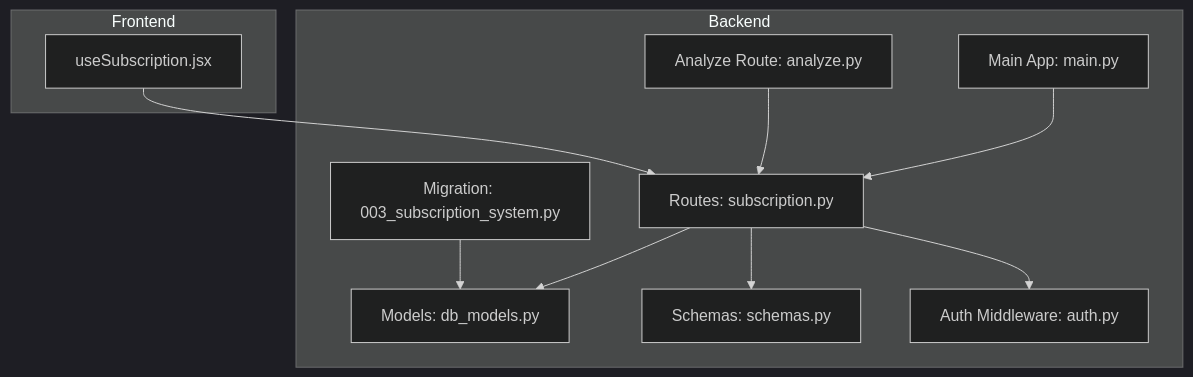
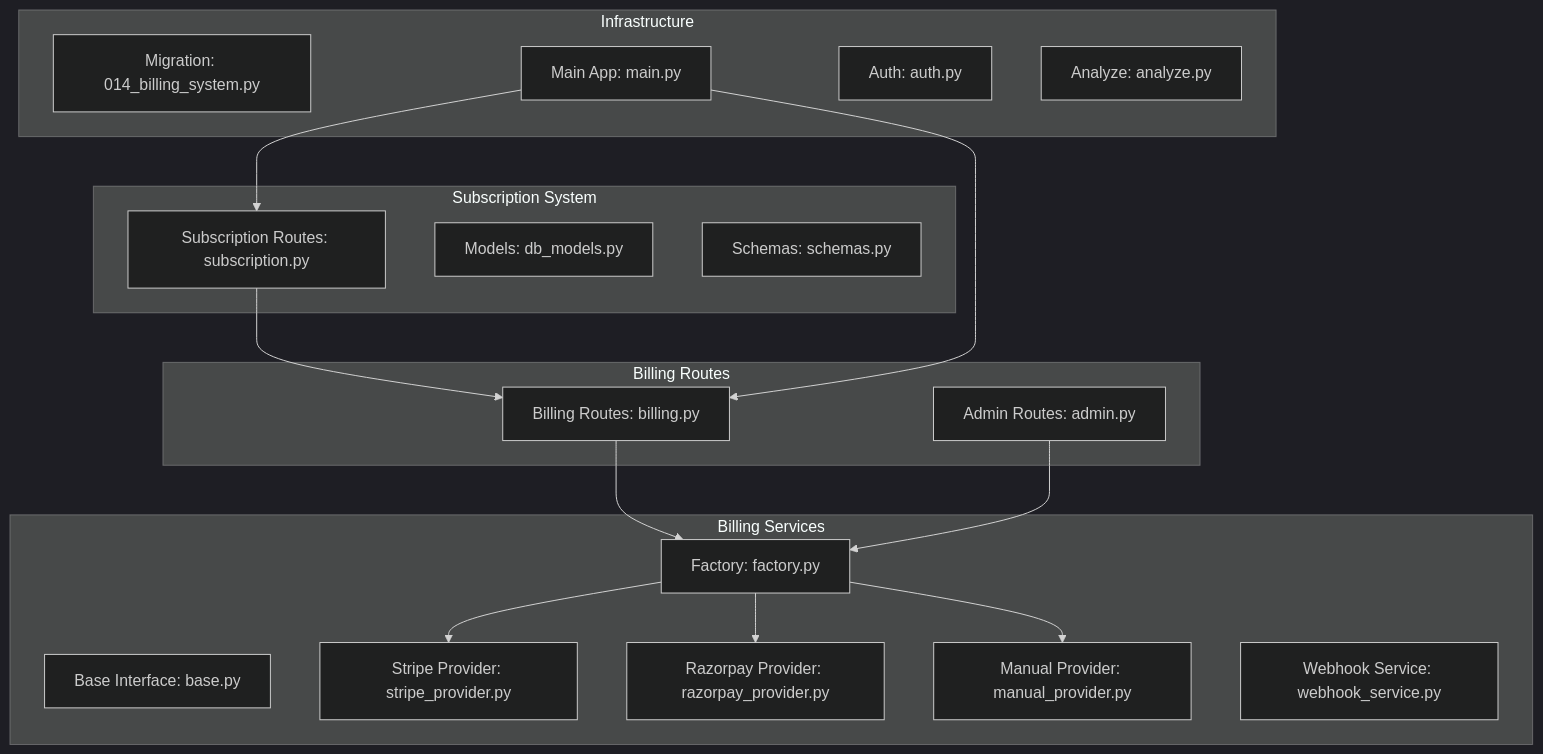
One commit to Revanththetalogics/aireume changed the first of 4 diagrams in .qoder/repowiki/en/content/API Reference/Subscription & Billing.md. Above: the diagram before and after it, drawn with Mermaid (dark theme). The commit also changed other lines of this file and 10 other files, not shown here.

````diff
--- a/.qoder/repowiki/en/content/API Reference/Subscription & Billing.md
+++ b/.qoder/repowiki/en/content/API Reference/Subscription & Billing.md
@@ -45,22 +68,34 @@
 ```mermaid
 graph TB
-subgraph "Backend"
-A["Routes: subscription.py"]
-B["Models: db_models.py"]
-C["Schemas: schemas.py"]
-D["Migration: 003_subscription_system.py"]
-E["Auth Middleware: auth.py"]
-F["Main App: main.py"]
-G["Analyze Route: analyze.py"]
+subgraph "Billing Services"
+A["Factory: factory.py"]
+B["Base Interface: base.py"]
+C["Stripe Provider: stripe_provider.py"]
+D["Razorpay Provider: razorpay_provider.py"]
+E["Manual Provider: manual_provider.py"]
+F["Webhook Service: webhook_service.py"]
 end
-subgraph "Frontend"
-H["useSubscription.jsx"]
+subgraph "Billing Routes"
+G["Billing Routes: billing.py"]
+H["Admin Routes: admin.py"]
 end
-F --> A
-A --> B
+subgraph "Subscription System"
+I["Subscription Routes: subscription.py"]
+J["Models: db_models.py"]
+K["Schemas: schemas.py"]
+end
+subgraph "Infrastructure"
+L["Migration: 014_billing_system.py"]
+M["Main App: main.py"]
+N["Auth: auth.py"]
+O["Analyze: analyze.py"]
+end
 A --> C
+A --> D
 A --> E
 G --> A
 H --> A
-D --> B
+I --> G
+M --> G
+M --> I
 ```
````
